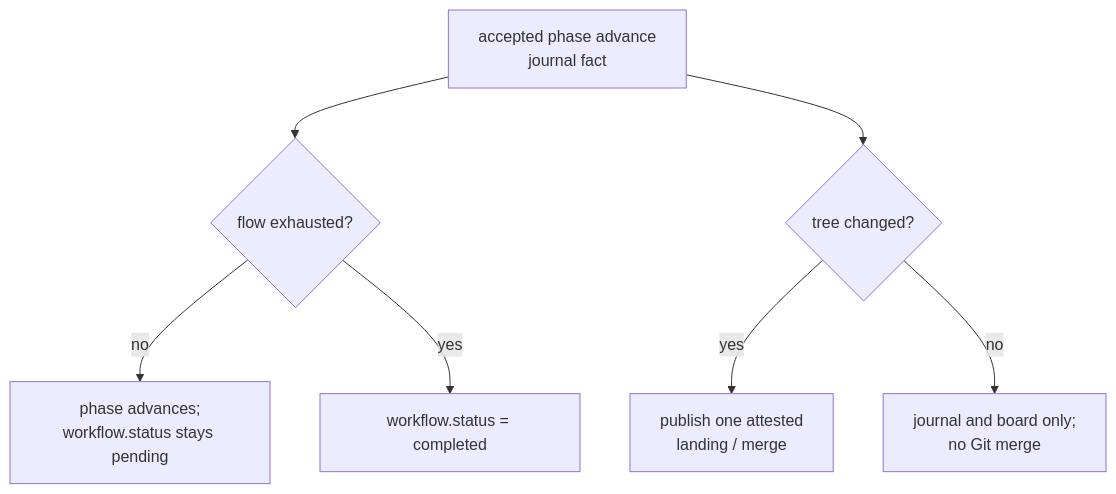
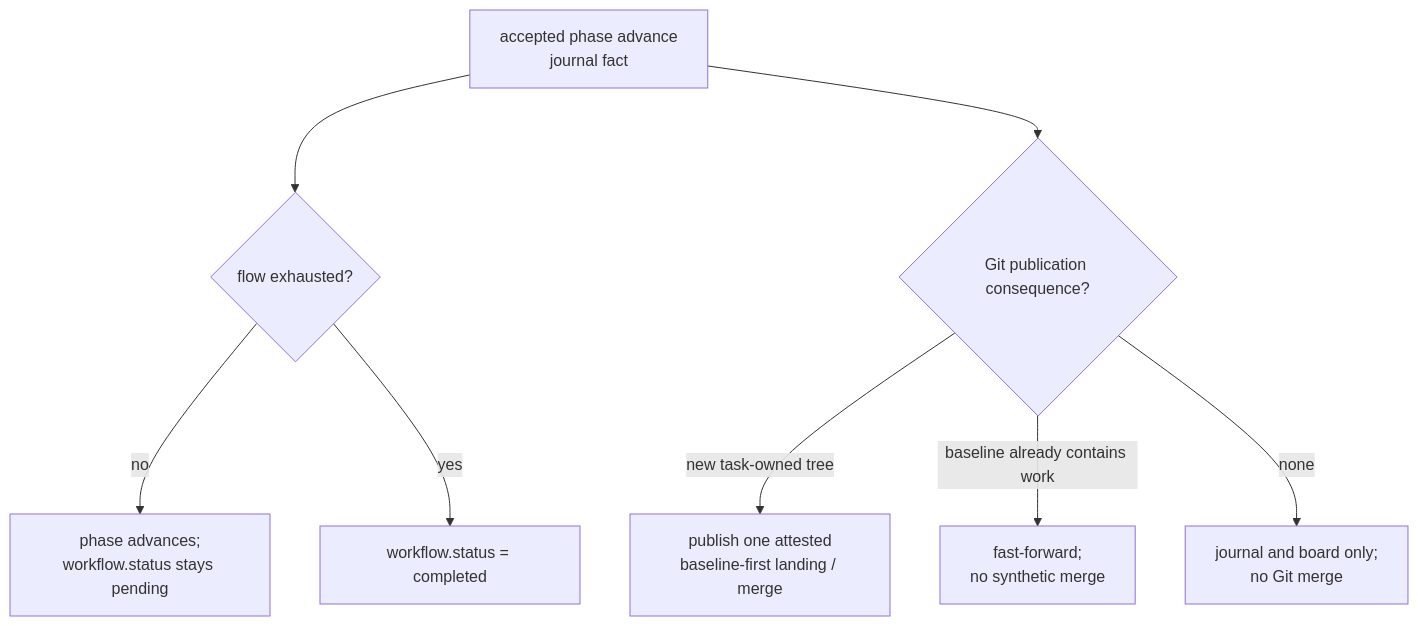
Before and after one commit to infimalabs/spice-rust: the third of 19 diagrams in docs/product/model/states.md, drawn with Mermaid. The commit also changed other lines of this file and 120 other files, not shown here.

````diff
--- a/docs/product/model/states.md
+++ b/docs/product/model/states.md
@@ -41,9 +41,10 @@
 ```mermaid
 flowchart TD
   A["accepted phase advance<br/>journal fact"] --> X{"flow exhausted?"}
   X -- no --> P["phase advances;<br/>workflow.status stays pending"]
   X -- yes --> C["workflow.status = completed"]
-  A --> T{"tree changed?"}
-  T -- yes --> L["publish one attested<br/>landing / merge"]
-  T -- no --> J["journal and board only;<br/>no Git merge"]
+  A --> T{"Git publication consequence?"}
+  T -- "new task-owned tree" --> L["publish one attested<br/>baseline-first landing / merge"]
+  T -- "baseline already contains work" --> F["fast-forward;<br/>no synthetic merge"]
+  T -- none --> J["journal and board only;<br/>no Git merge"]
 ```
````
